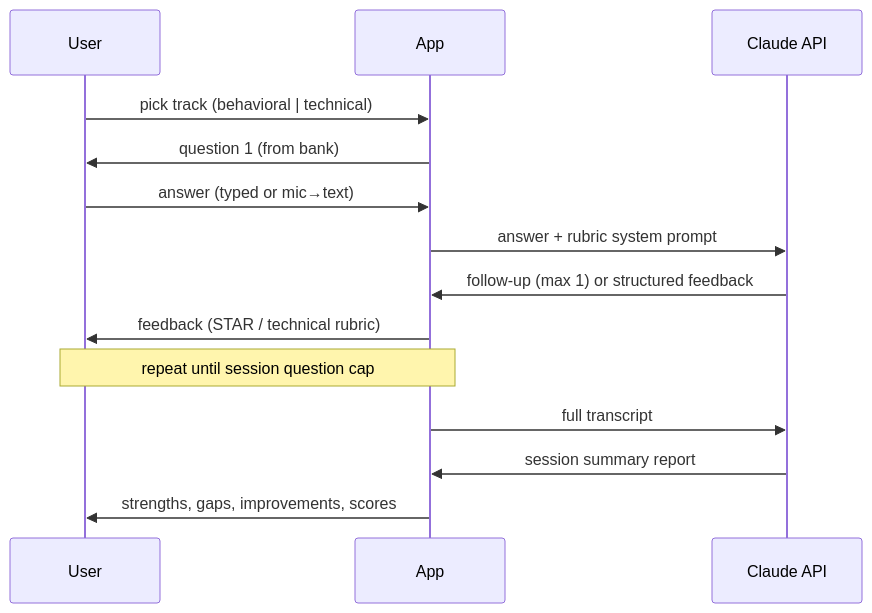
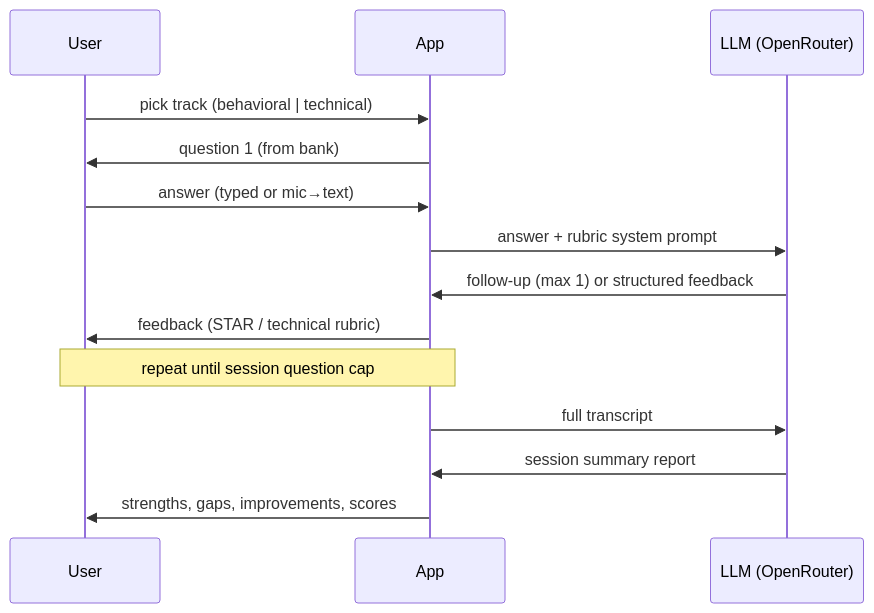
The second of 2 diagrams in SPEC.md (emily-kang-personal/interviewer-chatbot), drawn with Mermaid before and after one commit. The commit also changed other lines of this file and 8 other files, not shown here.

Commit message:
Working demo: mock interview app (OpenRouter deepseek-v4-flash, STAR/technical rubrics, follow-ups, session report, Web Speech input, spend ceiling)

````diff
--- a/SPEC.md
+++ b/SPEC.md
@@ -70,16 +73,16 @@
 ```mermaid
 sequenceDiagram
     participant U as User
     participant A as App
-    participant C as Claude API
+    participant C as LLM (OpenRouter)
     U->>A: pick track (behavioral | technical)
     A->>U: question 1 (from bank)
     U->>A: answer (typed or mic→text)
     A->>C: answer + rubric system prompt
     C->>A: follow-up (max 1) or structured feedback
     A->>U: feedback (STAR / technical rubric)
     Note over U,A: repeat until session question cap
     A->>C: full transcript
     C->>A: session summary report
     A->>U: strengths, gaps, improvements, scores
 ```
````
